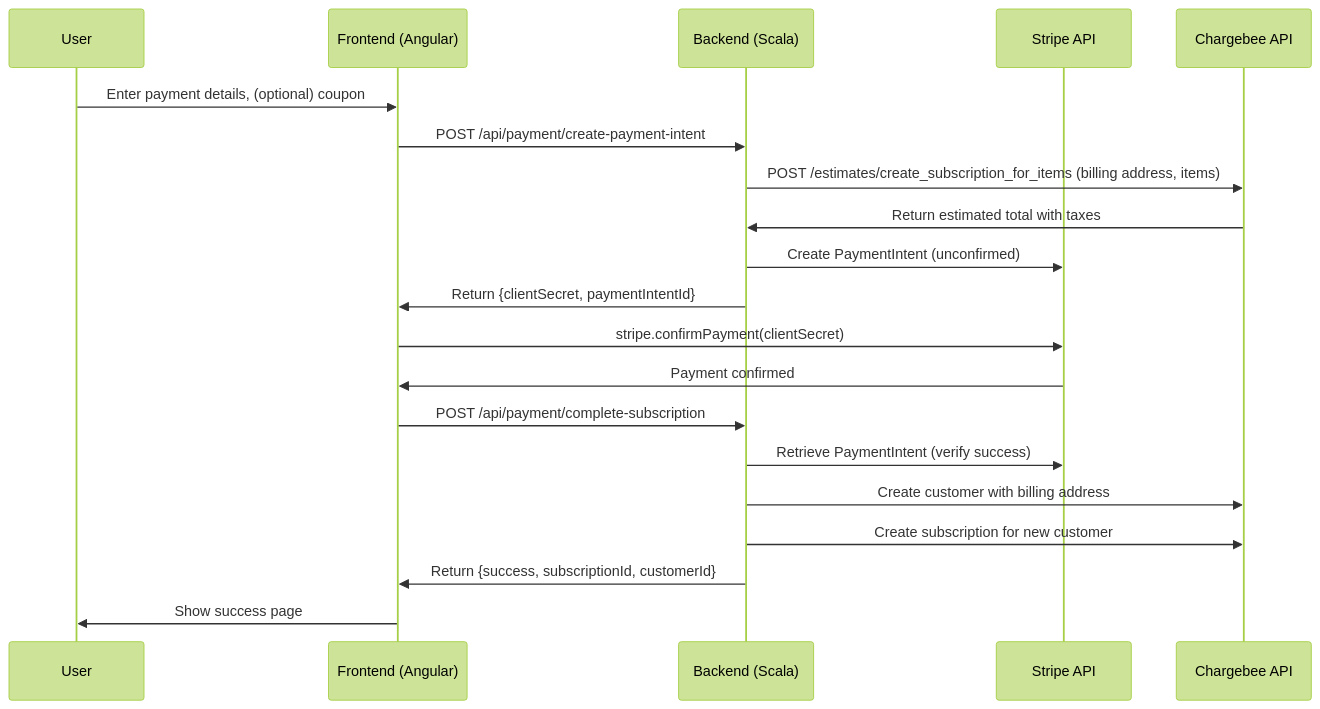
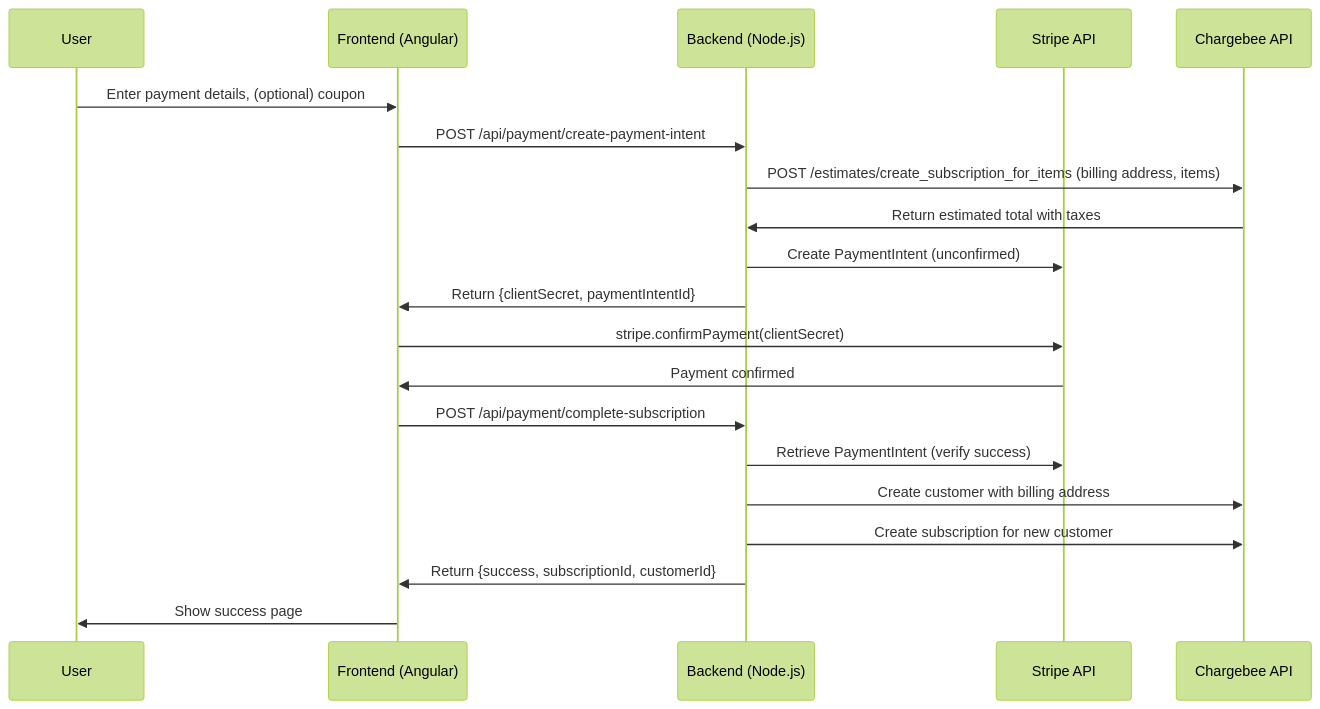
One commit to himanshu4141/simple-price-calculator changed the first of 2 diagrams in SIMPLIFIED_CHARGEBEE_SUBSCRIPTION_FLOW.md. Above: the diagram before and after it, drawn with Mermaid (forest theme). The commit also changed other lines of this file, not shown here.

Commit message:
docs: mark alternative Chargebee flow as untested in simplified diagrams

````diff
--- a/SIMPLIFIED_CHARGEBEE_SUBSCRIPTION_FLOW.md
+++ b/SIMPLIFIED_CHARGEBEE_SUBSCRIPTION_FLOW.md
@@ -11,23 +11,23 @@
 ```mermaid
 sequenceDiagram
     participant U as User
     participant F as Frontend (Angular)
-    participant B as Backend (Scala)
+    participant B as Backend (Node.js)
     participant S as Stripe API
     participant C as Chargebee API
 
     U->>F: Enter payment details, (optional) coupon
     F->>B: POST /api/payment/create-payment-intent
     B->>C: POST /estimates/create_subscription_for_items (billing address, items)
     C->>B: Return estimated total with taxes
     B->>S: Create PaymentIntent (unconfirmed)
     B->>F: Return {clientSecret, paymentIntentId}
     F->>S: stripe.confirmPayment(clientSecret)
     S->>F: Payment confirmed
     F->>B: POST /api/payment/complete-subscription
     B->>S: Retrieve PaymentIntent (verify success)
     B->>C: Create customer with billing address
     B->>C: Create subscription for new customer
     B->>F: Return {success, subscriptionId, customerId}
     F->>U: Show success page
 ```
````
